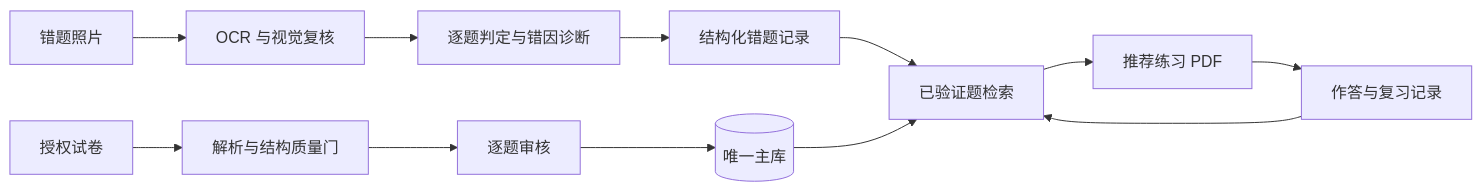
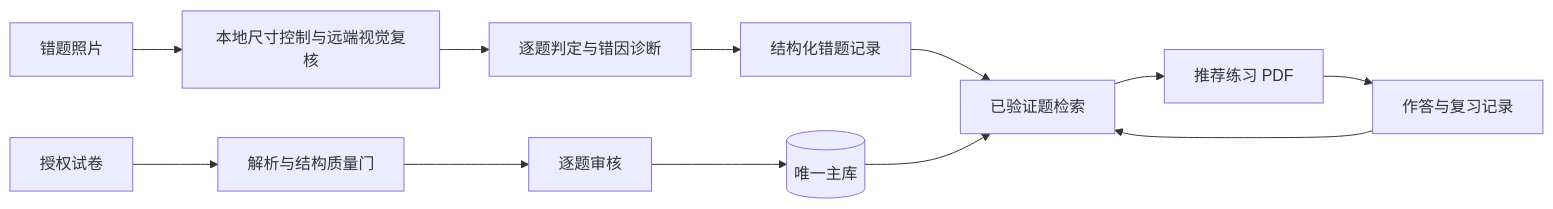
One commit to chjesu/lizhaolin-math-error-notebook changed the second of 2 diagrams in README.md. Above: the diagram before and after it, drawn with Mermaid. The commit also changed other lines of this file and 9 other files, not shown here.

````diff
--- a/README.md
+++ b/README.md
@@ -102,15 +102,15 @@
 ```mermaid
 flowchart LR
-    A[错题照片] --> B[OCR 与视觉复核]
+    A[错题照片] --> B[本地尺寸控制与远端视觉复核]
     B --> C[逐题判定与错因诊断]
     C --> D[结构化错题记录]
     D --> E[已验证题检索]
     E --> F[推荐练习 PDF]
     F --> G[作答与复习记录]
     G --> E
 
     H[授权试卷] --> I[解析与结构质量门]
     I --> J[逐题审核]
     J --> K[(唯一主库)]
     K --> E
 ```
````
